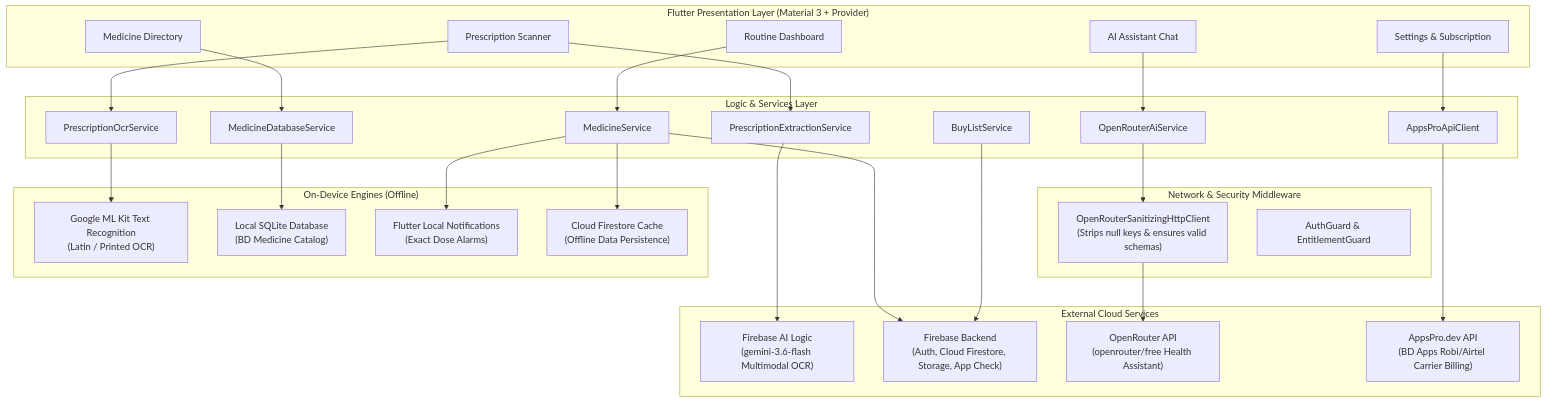
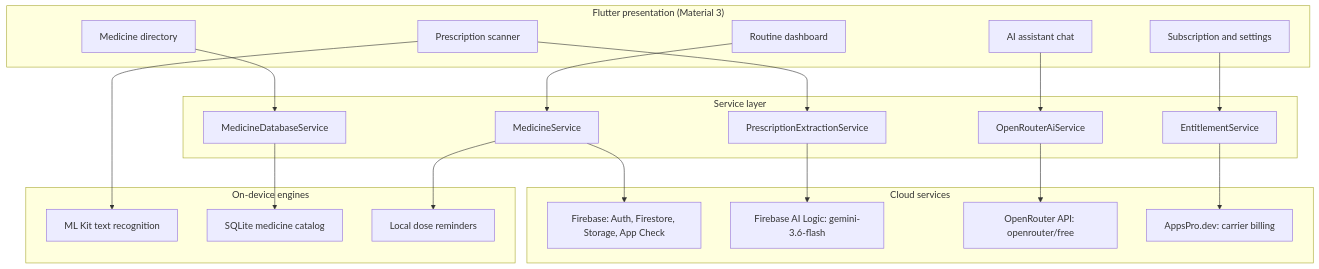
One commit to helix-77/MediTrack changed the first of 2 diagrams in README.md. Above: the diagram before and after it, drawn with Mermaid. The commit also changed other lines of this file and 24 other files, not shown here.

````diff
--- a/README.md
+++ b/README.md
@@ -29,58 +65,45 @@
 ```mermaid
 graph TD
-    subgraph UI_Layer["Flutter Presentation Layer (Material 3 + Provider)"]
-        Dashboard["Routine Dashboard"]
-        Scanner["Prescription Scanner"]
-        Assistant["AI Assistant Chat"]
-        MedicineDir["Medicine Directory"]
-        Settings["Settings & Subscription"]
+    subgraph UI["Flutter presentation (Material 3)"]
+        Home["Routine dashboard"]
+        Scan["Prescription scanner"]
+        Chat["AI assistant chat"]
+        Lookup["Medicine directory"]
+        Subs["Subscription and settings"]
     end
 
-    subgraph Logic_Layer["Logic & Services Layer"]
-        MedService["MedicineService"]
-        BuyService["BuyListService"]
-        AIHelper["OpenRouterAiService"]
-        OcrService["PrescriptionExtractionService"]
-        LocalOcr["PrescriptionOcrService"]
-        DbService["MedicineDatabaseService"]
-        BillingClient["AppsProApiClient"]
+    subgraph Svc["Service layer"]
+        Med["MedicineService"]
+        Ext["PrescriptionExtractionService"]
+        Ai["OpenRouterAiService"]
+        Db["MedicineDatabaseService"]
+        Ent["EntitlementService"]
     end
 
-    subgraph Client_Middleware["Network & Security Middleware"]
-        Sanitizer["OpenRouterSanitizingHttpClient\n(Strips null keys & ensures valid schemas)"]
-        AuthGuard["AuthGuard & EntitlementGuard"]
+    subgraph Cloud["Cloud services"]
+        FB["Firebase: Auth, Firestore, Storage, App Check"]
+        Gemini["Firebase AI Logic: gemini-3.6-flash"]
+        OR["OpenRouter API: openrouter/free"]
+        AP["AppsPro.dev: carrier billing"]
     end
 
-    subgraph OnDevice_Engines["On-Device Engines (Offline)"]
-        MLKit["Google ML Kit Text Recognition\n(Latin / Printed OCR)"]
-        LocalDb["Local SQLite Database\n(BD Medicine Catalog)"]
-        LocalNotif["Flutter Local Notifications\n(Exact Dose Alarms)"]
-        OfflineFirestore["Cloud Firestore Cache\n(Offline Data Persistence)"]
+    subgraph Dev["On-device engines"]
+        MK["ML Kit text recognition"]
+        Sq["SQLite medicine catalog"]
+        Nt["Local dose reminders"]
     end
 
-    subgraph Cloud_Backends["External Cloud Services"]
-        FirebaseAI["Firebase AI Logic\n(gemini-3.6-flash Multimodal OCR)"]
-        FirebaseServices["Firebase Backend\n(Auth, Cloud Firestore, Storage, App Check)"]
-        OpenRouterAPI["OpenRouter API\n(openrouter/free Health Assistant)"]
-        AppsProGateway["AppsPro.dev API\n(BD Apps Robi/Airtel Carrier Billing)"]
-    end
+    Home --> Med
+    Scan --> Ext
+    Scan --> MK
+    Chat --> Ai
+    Lookup --> Db
+    Subs --> Ent
 
-    Dashboard --> MedService
-    Scanner --> LocalOcr
-    Scanner --> OcrService
-    Assistant --> AIHelper
-    MedicineDir --> DbService
-    Settings --> BillingClient
-
-    AIHelper --> Sanitizer
-    OcrService --> FirebaseAI
-    LocalOcr --> MLKit
-    DbService --> LocalDb
-    MedService --> LocalNotif
-    MedService --> OfflineFirestore
-
-    Sanitizer --> OpenRouterAPI
-    MedService --> FirebaseServices
-    BuyService --> FirebaseServices
-    BillingClient --> AppsProGateway
+    Med --> FB
+    Med --> Nt
+    Ext --> Gemini
+    Ai --> OR
+    Db --> Sq
+    Ent --> AP
 ```
````
